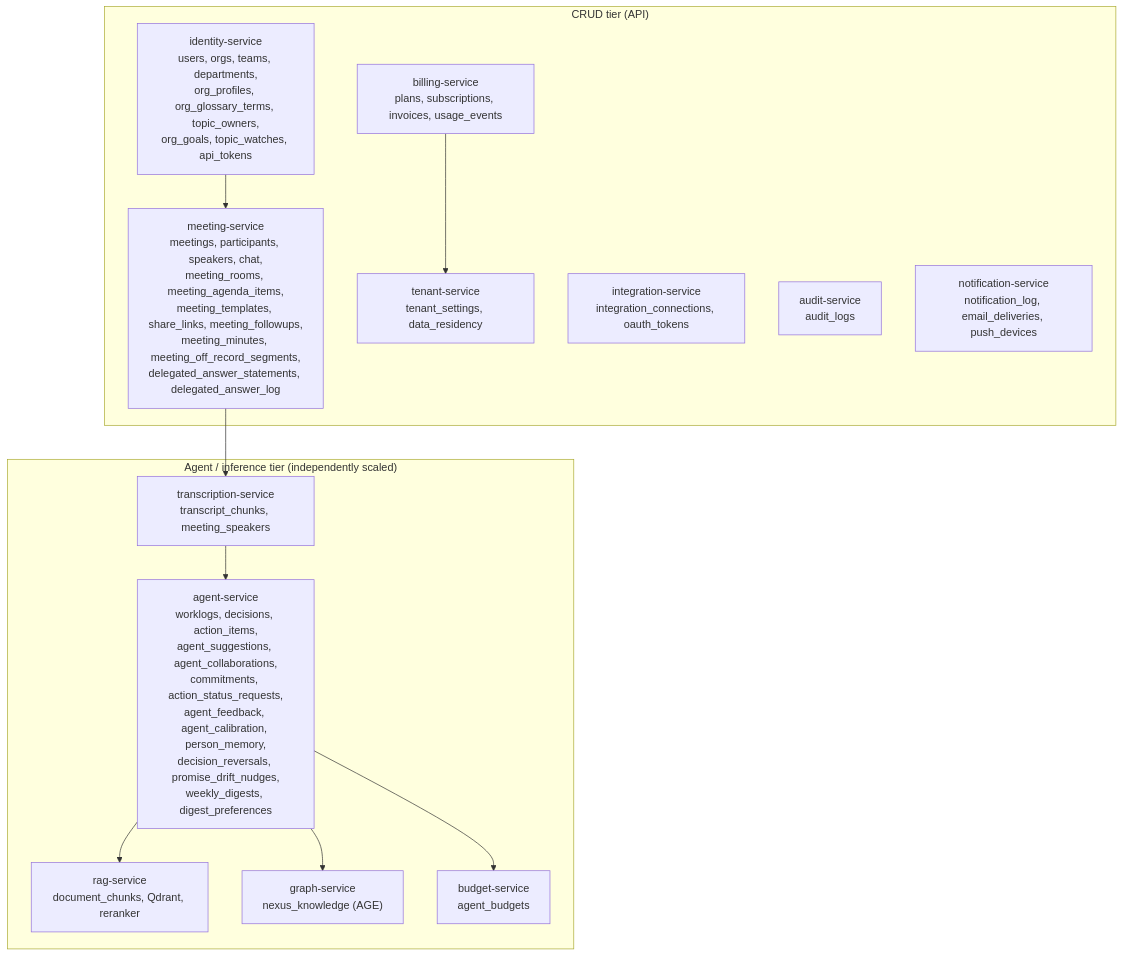
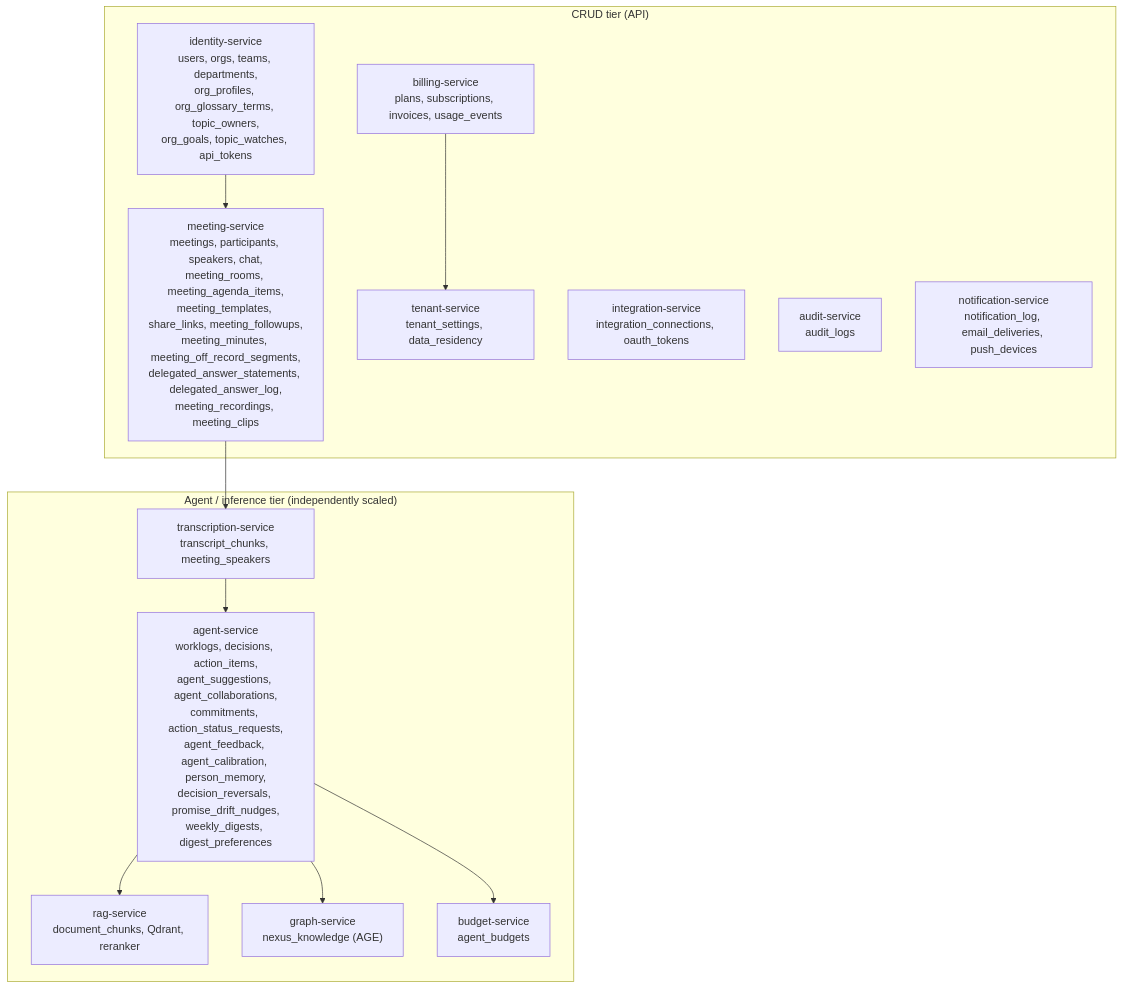
The first of 7 diagrams in _canon/02-data-model.md (Mytheus-AI/mytheus-docs), drawn with Mermaid before and after one commit. The commit also changed other lines of this file and 1 other file, not shown here.

````diff
--- a/_canon/02-data-model.md
+++ b/_canon/02-data-model.md
@@ -38,26 +38,26 @@
 ```mermaid
 graph TD
   subgraph CRUD_Tier["CRUD tier (API)"]
     IdentitySvc["identity-service<br/>users, orgs, teams, departments,<br/>org_profiles, org_glossary_terms, topic_owners,<br/>org_goals, topic_watches, api_tokens"]
-    MeetingSvc["meeting-service<br/>meetings, participants, speakers, chat,<br/>meeting_rooms, meeting_agenda_items,<br/>meeting_templates, share_links, meeting_followups,<br/>meeting_minutes, meeting_off_record_segments,<br/>delegated_answer_statements, delegated_answer_log"]
+    MeetingSvc["meeting-service<br/>meetings, participants, speakers, chat,<br/>meeting_rooms, meeting_agenda_items,<br/>meeting_templates, share_links, meeting_followups,<br/>meeting_minutes, meeting_off_record_segments,<br/>delegated_answer_statements, delegated_answer_log,<br/>meeting_recordings, meeting_clips"]
     TenantSvc["tenant-service<br/>tenant_settings, data_residency"]
     BillingSvc["billing-service<br/>plans, subscriptions, invoices, usage_events"]
     IntegrationSvc["integration-service<br/>integration_connections, oauth_tokens"]
     AuditSvc["audit-service<br/>audit_logs"]
     NotifSvc["notification-service<br/>notification_log, email_deliveries, push_devices"]
   end
   subgraph Inference_Tier["Agent / inference tier (independently scaled)"]
     TranscriptSvc["transcription-service<br/>transcript_chunks, meeting_speakers"]
     AgentSvc["agent-service<br/>worklogs, decisions, action_items,<br/>agent_suggestions, agent_collaborations,<br/>commitments, action_status_requests,<br/>agent_feedback, agent_calibration, person_memory,<br/>decision_reversals, promise_drift_nudges,<br/>weekly_digests, digest_preferences"]
     RAGSvc["rag-service<br/>document_chunks, Qdrant, reranker"]
     GraphSvc["graph-service<br/>nexus_knowledge (AGE)"]
     BudgetSvc["budget-service<br/>agent_budgets"]
   end
   IdentitySvc --> MeetingSvc
   MeetingSvc --> TranscriptSvc
   TranscriptSvc --> AgentSvc
   AgentSvc --> GraphSvc
   AgentSvc --> RAGSvc
   AgentSvc --> BudgetSvc
   BillingSvc --> TenantSvc
 ```
````
